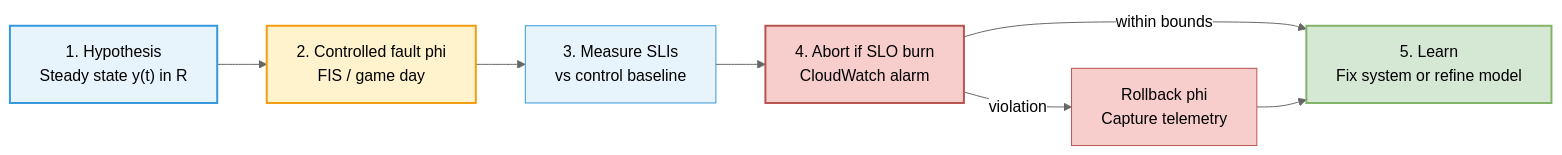
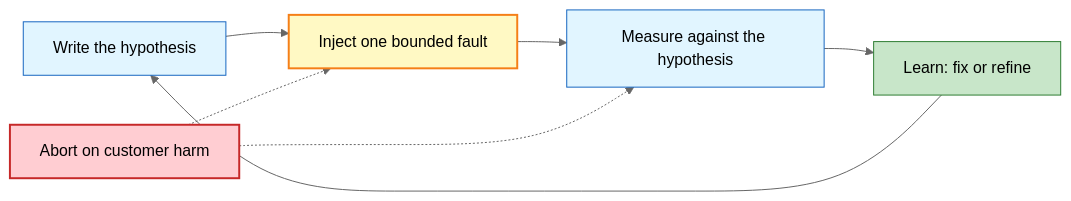
Before and after one commit to vaquarkhan/microservices-recipes-a-free-gitbook: the diagram in assets/images/diagrams/chaos-engineering-loop.mmd, drawn with Mermaid (neutral theme). The commit also changed 151 other files, not shown here.

```diff
--- a/assets/images/diagrams/chaos-engineering-loop.mmd
+++ b/assets/images/diagrams/chaos-engineering-loop.mmd
@@ -1,20 +1,13 @@
 flowchart LR
-    H["1. Hypothesis<br/>Steady state y(t) in R"]
-    E["2. Controlled fault phi<br/>FIS / game day"]
-    M["3. Measure SLIs<br/>vs control baseline"]
-    A["4. Abort if SLO burn<br/>CloudWatch alarm"]
-    L["5. Learn<br/>Fix system or refine model"]
+    H[Write the hypothesis] --> I[Inject one bounded fault]
+    I --> M[Measure against the hypothesis]
+    M --> L[Learn: fix or refine]
+    L --> H
+    A[Abort on customer harm] -.-> I
+    A -.-> M
 
-    H --> E
-    E --> M
-    M --> A
-    A -->|within bounds| L
-    A -->|violation| R["Rollback phi<br/>Capture telemetry"]
-    R --> L
-
-    style H fill:#e8f4fc,stroke:#3498db,stroke-width:2px
-    style E fill:#fff3cd,stroke:#f39c12,stroke-width:2px
-    style M fill:#e8f4fc,stroke:#3498db
-    style A fill:#f8cecc,stroke:#b85450,stroke-width:2px
-    style L fill:#d5e8d4,stroke:#82b366,stroke-width:2px
-    style R fill:#f8cecc,stroke:#b85450
+    style H fill:#e1f5ff,stroke:#1565c0
+    style I fill:#fff9c4,stroke:#f57f17,stroke-width:2px
+    style M fill:#e1f5ff,stroke:#1565c0
+    style L fill:#c8e6c9,stroke:#2e7d32
+    style A fill:#ffcdd2,stroke:#c62828,stroke-width:2px
```
